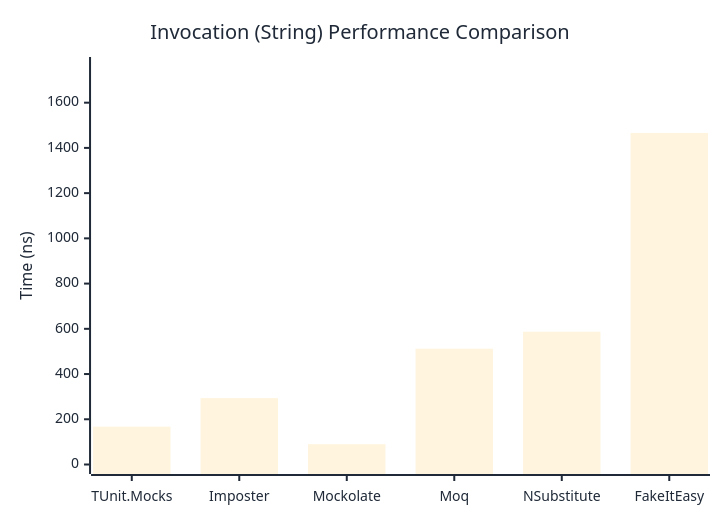
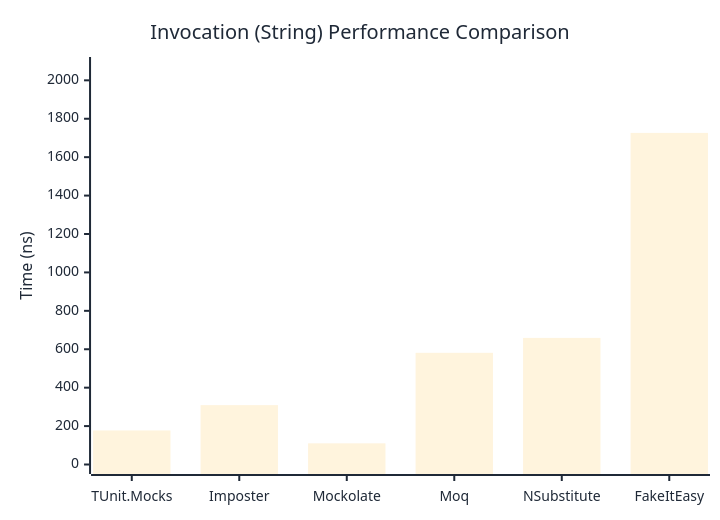
Before and after one commit to thomhurst/TUnit: the second of 3 diagrams in docs/docs/benchmarks/mocks/Invocation.md, drawn with Mermaid. The commit also changed other lines of this file and 14 other files, not shown here.

````diff
--- a/docs/docs/benchmarks/mocks/Invocation.md
+++ b/docs/docs/benchmarks/mocks/Invocation.md
@@ -71,27 +71,27 @@
 ```mermaid
 %%{init: {
   'theme':'base',
   'themeVariables': {
     'primaryColor': '#2563eb',
     'primaryTextColor': '#1f2937',
     'primaryBorderColor': '#1e40af',
     'lineColor': '#6b7280',
     'secondaryColor': '#7c3aed',
     'tertiaryColor': '#dc2626',
     'background': '#ffffff',
     'pie1': '#2563eb',
     'pie2': '#7c3aed',
     'pie3': '#dc2626',
     'pie4': '#f59e0b',
     'pie5': '#10b981',
     'pie6': '#06b6d4',
     'pie7': '#ec4899',
     'pie8': '#6366f1'
   }
 }}%%
 xychart-beta
   title "Invocation (String) Performance Comparison"
   x-axis ["TUnit.Mocks", "Imposter", "Mockolate", "Moq", "NSubstitute", "FakeItEasy"]
-  y-axis "Time (ns)" 0 --> 1760
-  bar [167.17, 293.44, 89.72, 511.92, 587.19, 1466.12]
+  y-axis "Time (ns)" 0 --> 2072
+  bar [177.2, 309.1, 110.2, 581.4, 659, 1726.3]
 ```
````
